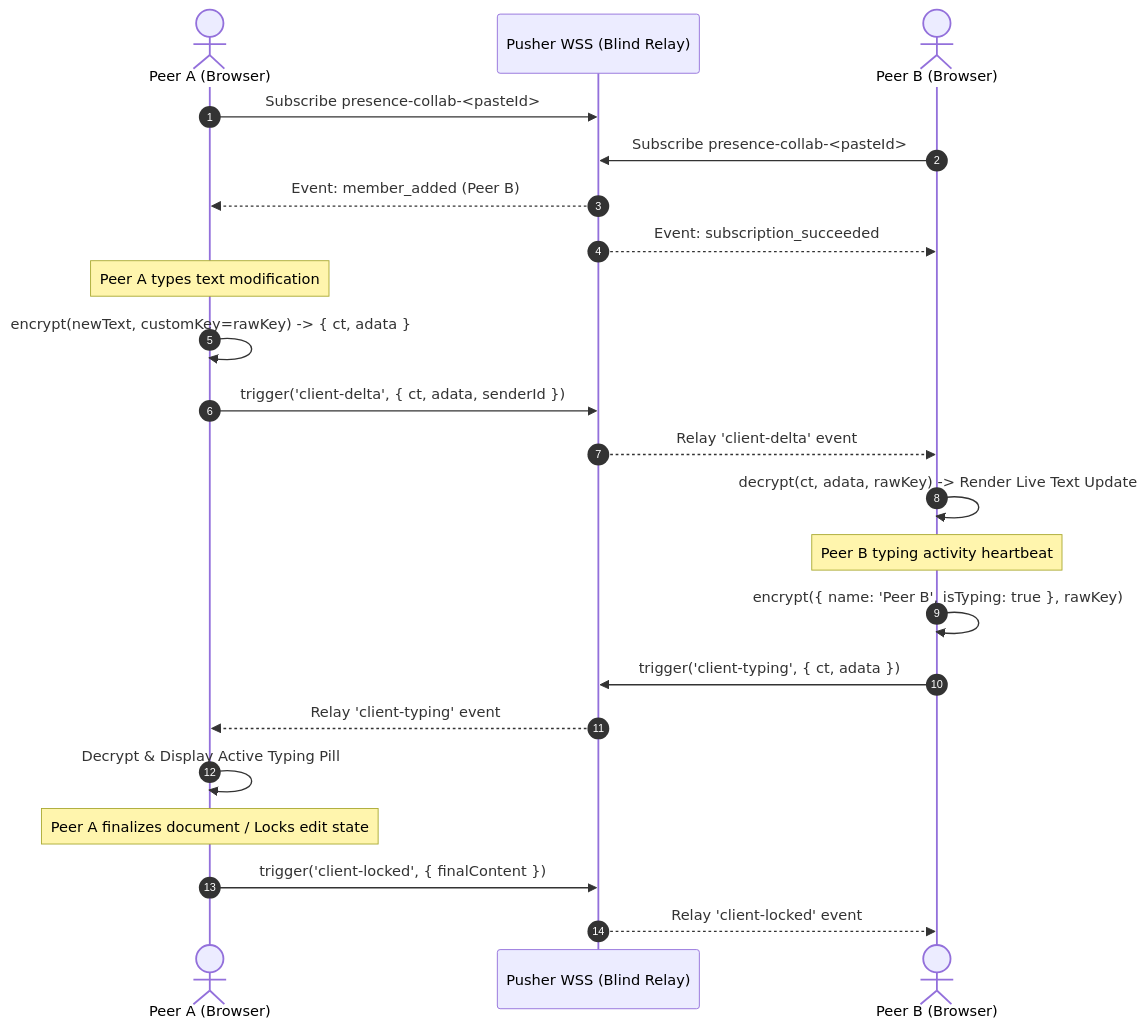
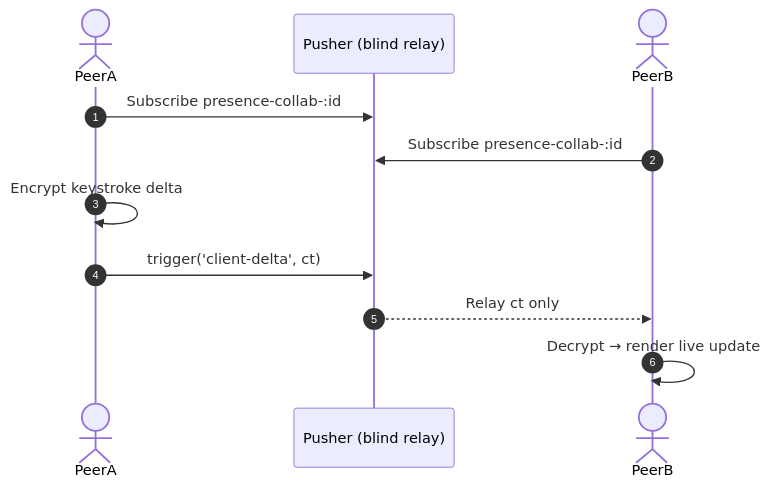
The fourth of 4 diagrams in README.md (OjasKugore/Obsidian), drawn with Mermaid before and after one commit. The commit also changed other lines of this file, not shown here.

````diff
--- a/README.md
+++ b/README.md
@@ -306,28 +86,14 @@
 ```mermaid
 sequenceDiagram
     autonumber
-    actor PeerA as Peer A (Browser)
-    participant Pusher as Pusher WSS (Blind Relay)
-    actor PeerB as Peer B (Browser)
+    actor PeerA
+    participant Pusher as Pusher (blind relay)
+    actor PeerB
 
-    PeerA->>Pusher: Subscribe presence-collab-<pasteId>
-    PeerB->>Pusher: Subscribe presence-collab-<pasteId>
-    Pusher-->>PeerA: Event: member_added (Peer B)
-    Pusher-->>PeerB: Event: subscription_succeeded
-
-    Note over PeerA: Peer A types text modification
-    PeerA->>PeerA: encrypt(newText, customKey=rawKey) -> { ct, adata }
-    PeerA->>Pusher: trigger('client-delta', { ct, adata, senderId })
-    Pusher-->>PeerB: Relay 'client-delta' event
-    PeerB->>PeerB: decrypt(ct, adata, rawKey) -> Render Live Text Update
-
-    Note over PeerB: Peer B typing activity heartbeat
-    PeerB->>PeerB: encrypt({ name: 'Peer B', isTyping: true }, rawKey)
-    PeerB->>Pusher: trigger('client-typing', { ct, adata })
-    Pusher-->>PeerA: Relay 'client-typing' event
-    PeerA->>PeerA: Decrypt & Display Active Typing Pill
-
-    Note over PeerA: Peer A finalizes document / Locks edit state
-    PeerA->>Pusher: trigger('client-locked', { finalContent })
-    Pusher-->>PeerB: Relay 'client-locked' event
+    PeerA->>Pusher: Subscribe presence-collab-:id
+    PeerB->>Pusher: Subscribe presence-collab-:id
+    PeerA->>PeerA: Encrypt keystroke delta
+    PeerA->>Pusher: trigger('client-delta', ct)
+    Pusher-->>PeerB: Relay ct only
+    PeerB->>PeerB: Decrypt → render live update
 ```
````
